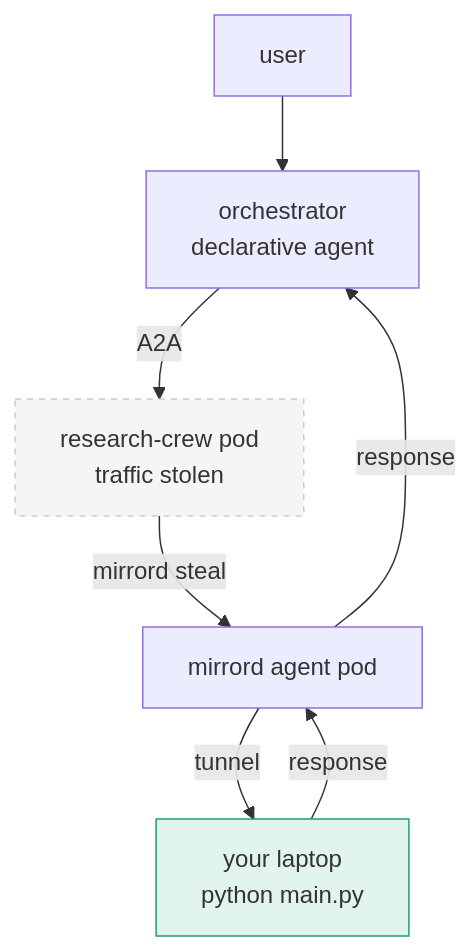
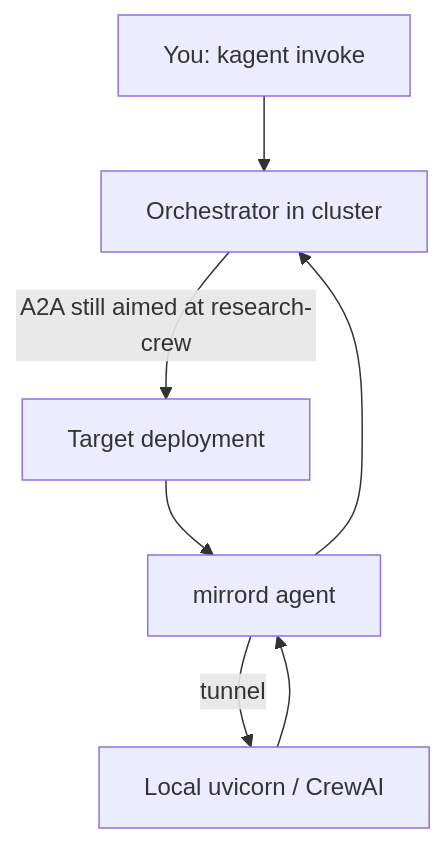
One commit to adnazujolakisic/kagent-mirrord changed the second of 2 diagrams in README.md. Above: the diagram before and after it, drawn with Mermaid. The commit also changed other lines of this file and 9 other files, not shown here.

````diff
--- a/README.md
+++ b/README.md
@@ -42,11 +32,9 @@
 ```mermaid
 graph TD
-    U[user] --> O[orchestrator\ndeclarative agent]
-    O --> |A2A| RC[research-crew pod\ntraffic stolen]
-    RC --> |mirrord steal| MA[mirrord agent pod]
-    MA --> |tunnel| LP[your laptop\npython main.py]
-    LP --> |response| MA
-    MA --> |response| O
-    style RC fill:#f5f5f5,stroke:#ccc,stroke-dasharray:4
-    style LP fill:#e1f5ee,stroke:#1D9E75
+    U[You: kagent invoke] --> O[Orchestrator in cluster]
+    O -->|A2A still aimed at research-crew| RC[Target deployment]
+    RC --> MA[mirrord agent]
+    MA -->|tunnel| LP[Local uvicorn / CrewAI]
+    LP --> MA
+    MA --> O
 ```
````
